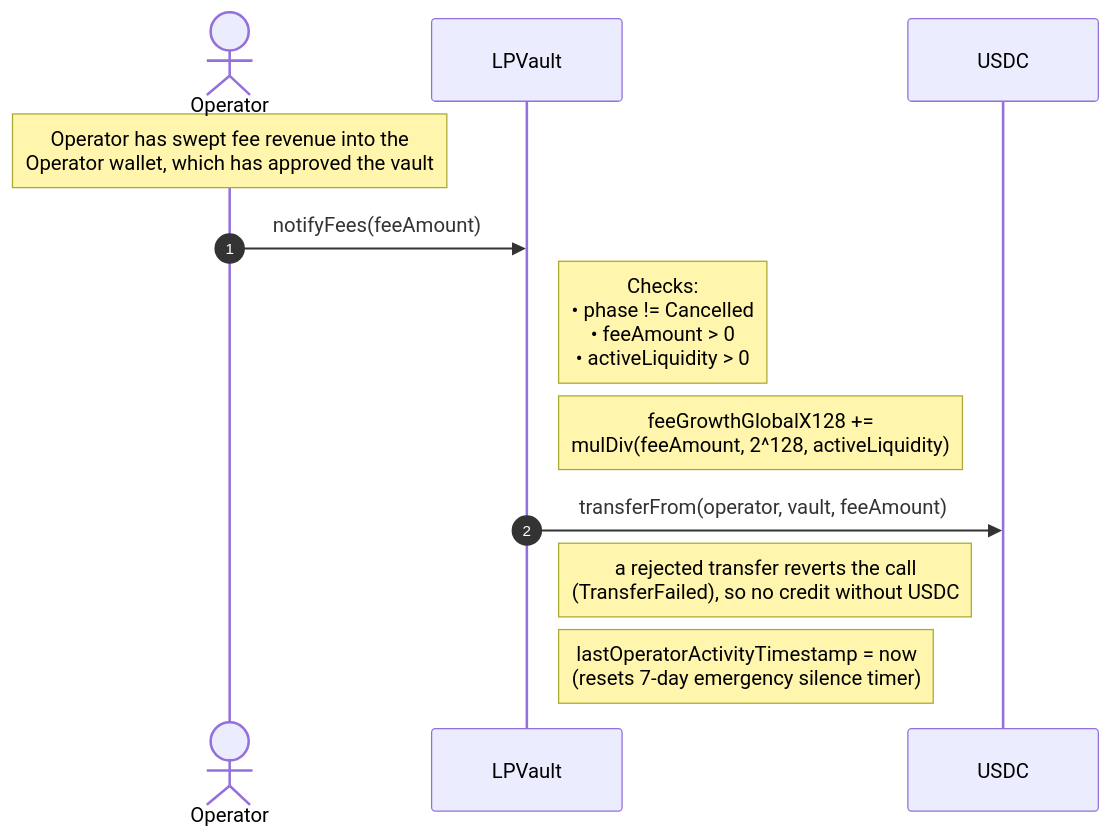
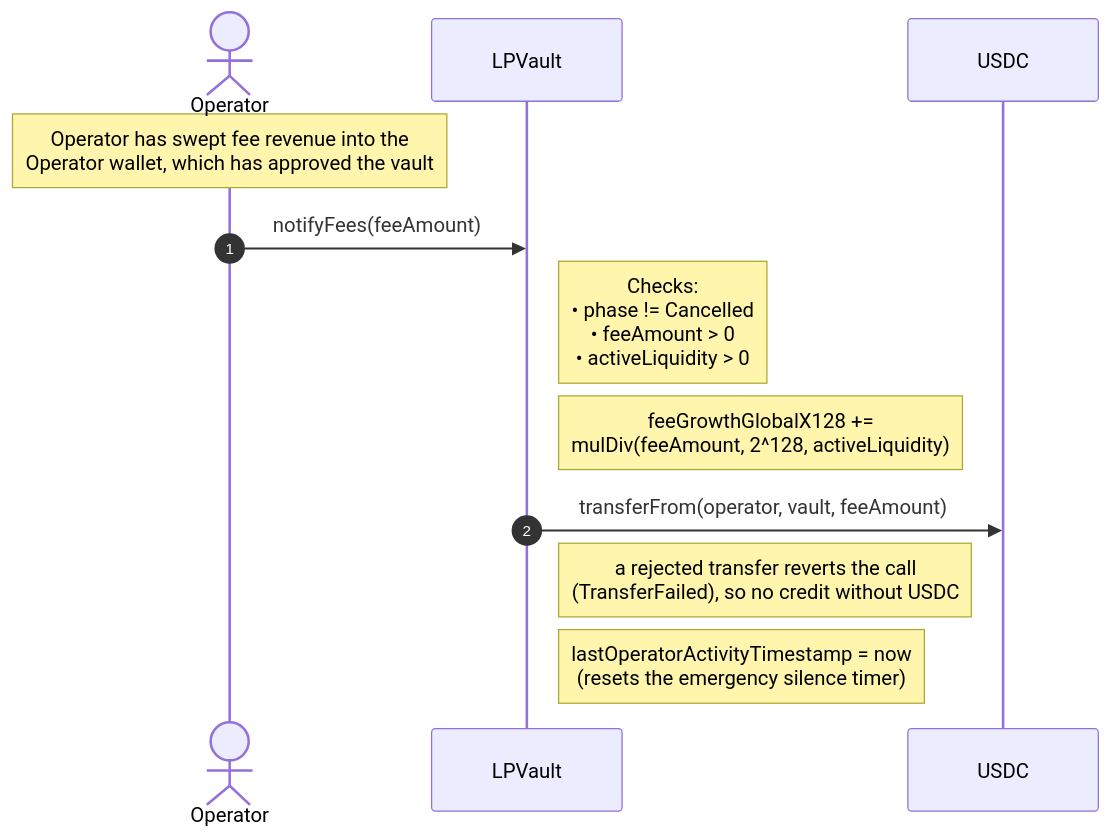
One commit to ProphetMarket/lp-vaults changed the fourth of 15 diagrams in FLOWS.md. Above: the diagram before and after it, drawn with Mermaid. The commit also changed other lines of this file and 4 other files, not shown here.

````diff
--- a/FLOWS.md
+++ b/FLOWS.md
@@ -150,15 +150,15 @@
 ```mermaid
 sequenceDiagram
     autonumber
     actor Operator
     participant Vault as LPVault
     participant USDC
 
     Note over Operator: Operator has swept fee revenue into the<br/>Operator wallet, which has approved the vault
     Operator->>Vault: notifyFees(feeAmount)
     Note right of Vault: Checks:<br/>• phase != Cancelled<br/>• feeAmount > 0<br/>• activeLiquidity > 0
     Note right of Vault: feeGrowthGlobalX128 +=<br/>mulDiv(feeAmount, 2^128, activeLiquidity)
     Vault->>USDC: transferFrom(operator, vault, feeAmount)
     Note right of Vault: a rejected transfer reverts the call<br/>(TransferFailed), so no credit without USDC
-    Note right of Vault: lastOperatorActivityTimestamp = now<br/>(resets 7-day emergency silence timer)
+    Note right of Vault: lastOperatorActivityTimestamp = now<br/>(resets the emergency silence timer)
 ```
````
